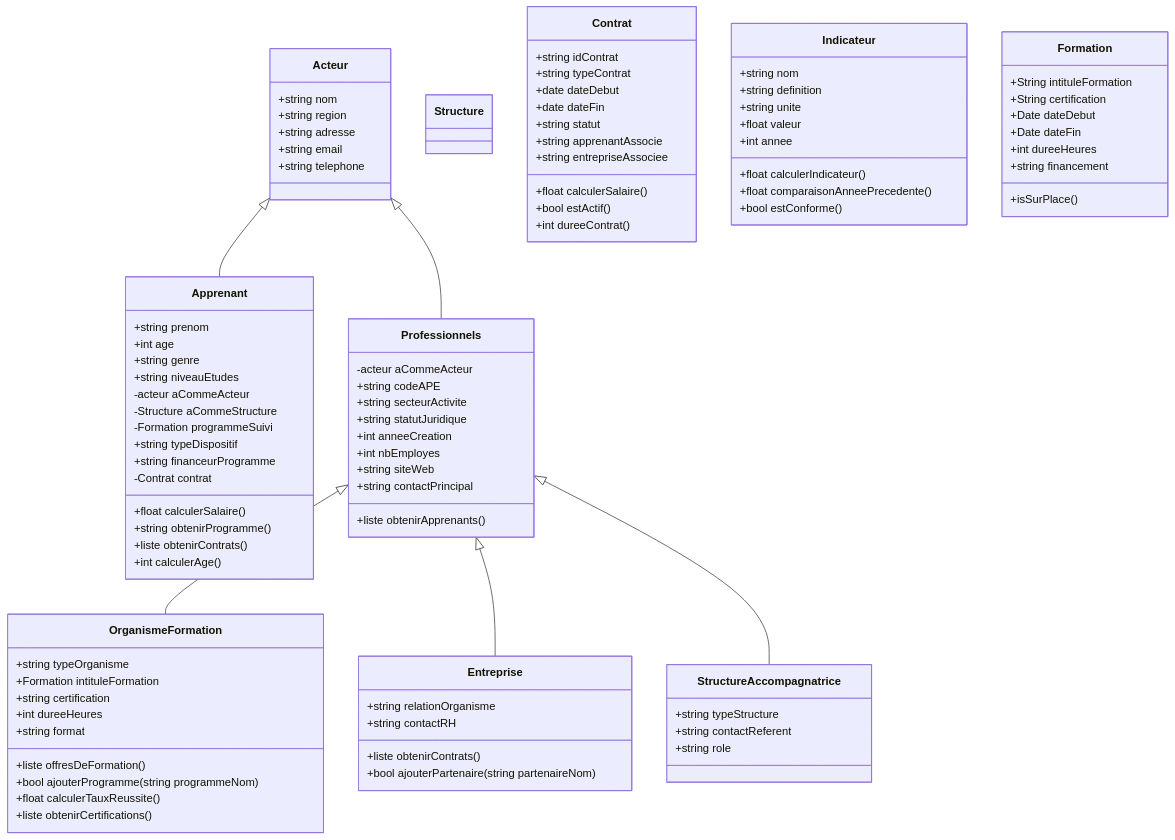
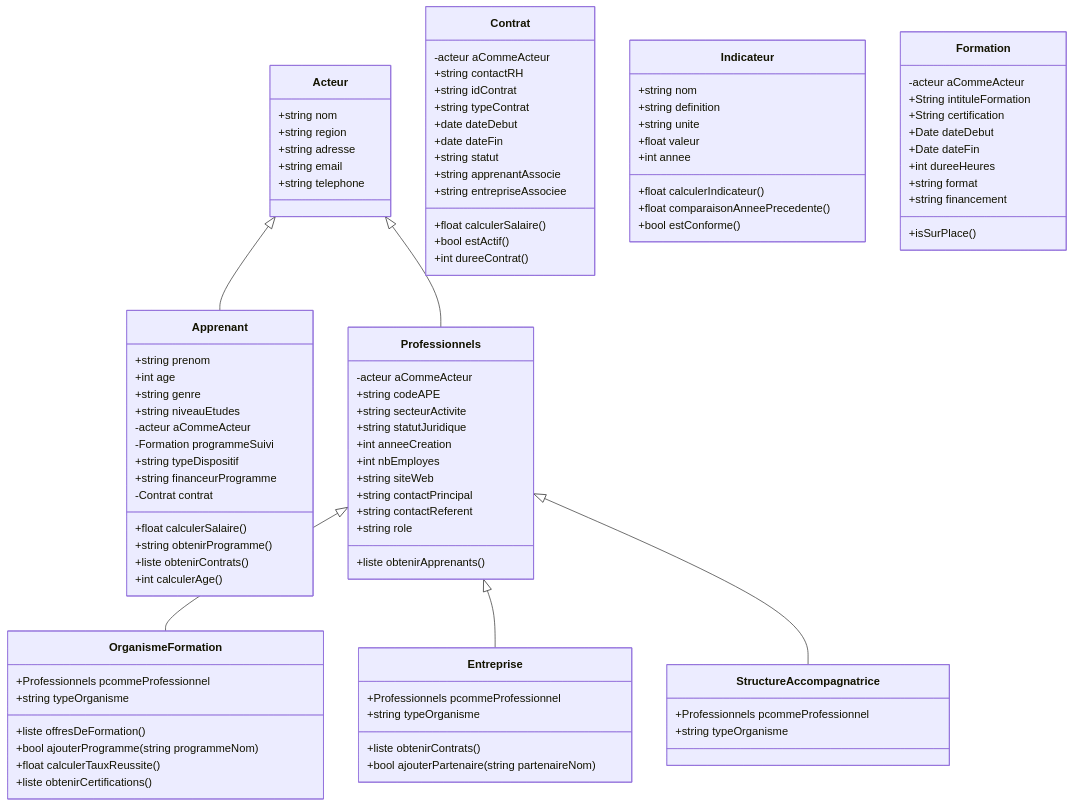
The diagram in acteurs.md (bouzidifatimazohra00-ux/inclusion-numerique-93), drawn with Mermaid before and after one commit.

Commit message:
Refactor class definitions and add new properties

```diff
--- a/acteurs.md
+++ b/acteurs.md
@@ -8,15 +8,28 @@
 Professionnels <|-- Entreprise
 Professionnels <|-- StructureAccompagnatrice
 
-class Structure{
-}
-
 class Acteur {
   +string nom
   +string region
   +string adresse
   +string email
   +string telephone
+}
+
+class Apprenant {
+  +string prenom
+  +int age
+  +string genre
+  +string niveauEtudes
+  -acteur aCommeActeur
+  -Formation programmeSuivi       
+  +string typeDispositif       
+  +string financeurProgramme
+  -Contrat contrat
+  +float calculerSalaire()
+  +string obtenirProgramme()
+  +liste obtenirContrats()
+  +int calculerAge()
 }
 
 class Professionnels {
@@ -28,32 +41,14 @@
   +int nbEmployes
   +string siteWeb
   +string contactPrincipal
+  +string contactReferent
+  +string role
   +liste obtenirApprenants()            
 }
 
-class Apprenant {
-  +string prenom
-  +int age
-  +string genre
-  +string niveauEtudes
-  -acteur aCommeActeur
-  -Structure aCommeStructure
-  -Formation programmeSuivi       
-  +string typeDispositif       
-  +string financeurProgramme
-  -Contrat contrat
-  +float calculerSalaire()
-  +string obtenirProgramme()
-  +liste obtenirContrats()
-  +int calculerAge()
-}
-
 class OrganismeFormation {
+  +Professionnels pcommeProfessionnel
   +string typeOrganisme
-  +Formation intituleFormation
-  +string certification
-  +int dureeHeures
-  +string format
   +liste offresDeFormation()   
   +bool ajouterProgramme(string programmeNom)  
   +float calculerTauxReussite()  
@@ -61,19 +56,20 @@
 }
 
 class Entreprise {
-  +string relationOrganisme
-  +string contactRH
+  +Professionnels pcommeProfessionnel
+  +string typeOrganisme
   +liste obtenirContrats()
   +bool ajouterPartenaire(string partenaireNom)
 }
 
 class StructureAccompagnatrice {
-  +string typeStructure
-  +string contactReferent
-  +string role
+  +Professionnels pcommeProfessionnel
+  +string typeOrganisme
 }
 
 class Contrat {
+  -acteur aCommeActeur
+  +string contactRH
   +string idContrat
   +string typeContrat
   +date dateDebut
@@ -98,11 +94,13 @@
 }
 
 class Formation {
+  -acteur aCommeActeur
   +String intituleFormation
   +String certification
   +Date dateDebut
   +Date dateFin
   +int dureeHeures
+  +string format
   +string financement
   +isSurPlace()
 }
```
